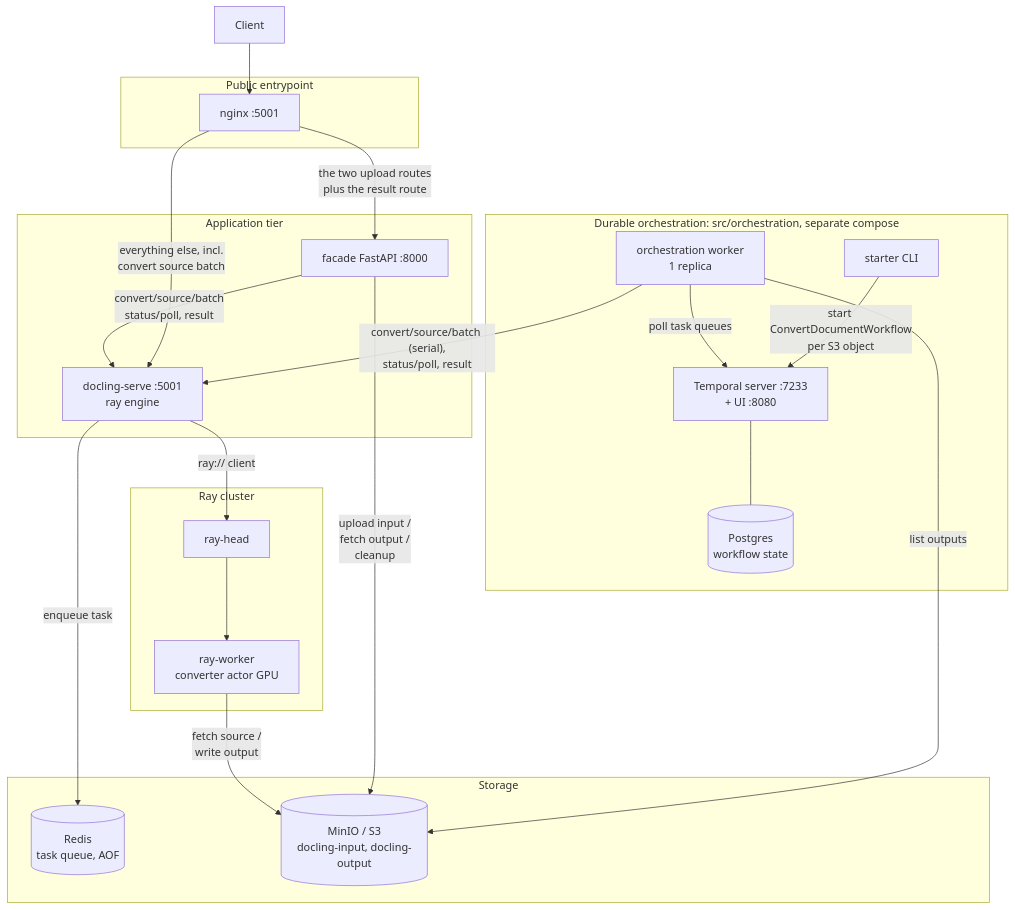
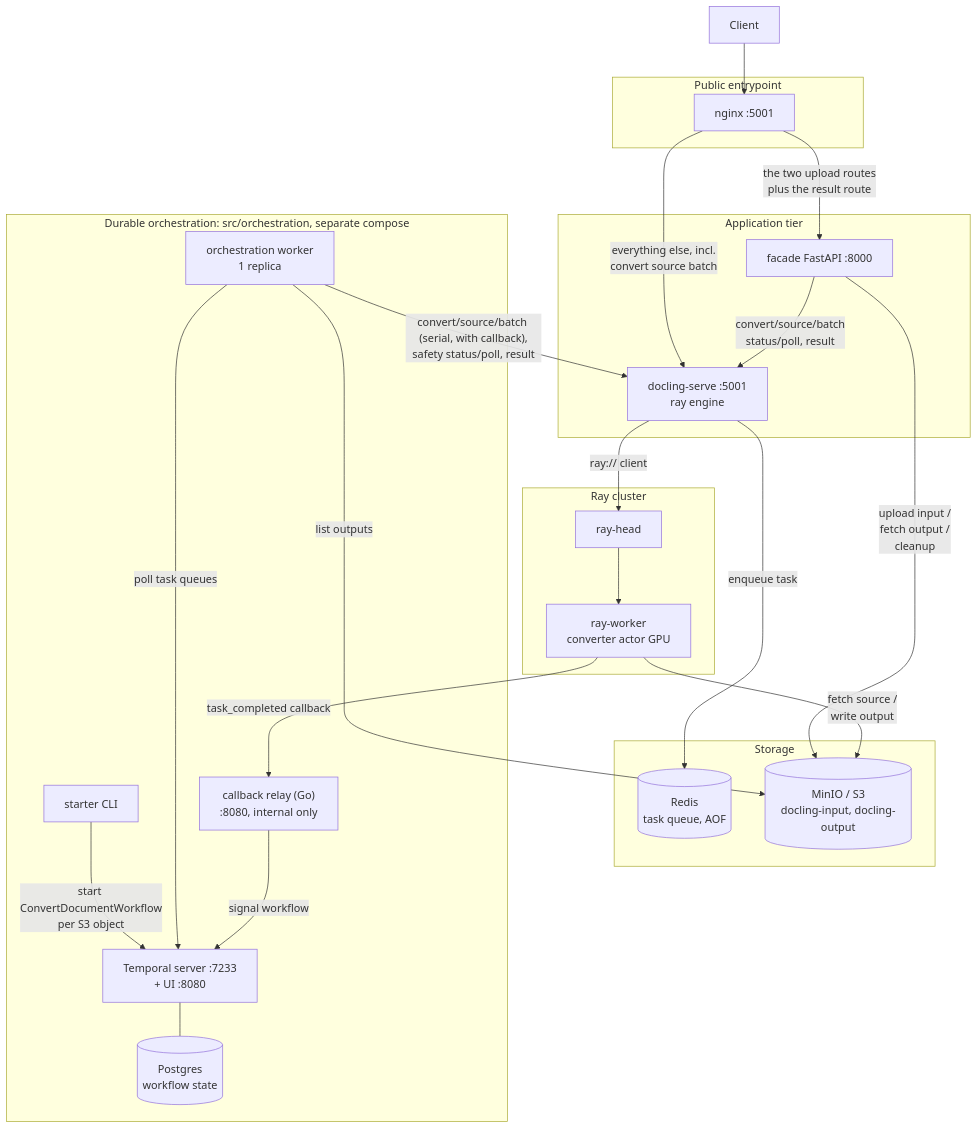
The first of 3 diagrams in docs/ARCHITECTURE.md (k-sparrow/docling-serve-ray), drawn with Mermaid before and after one commit. The commit also changed other lines of this file and 37 other files, not shown here.

````diff
--- a/docs/ARCHITECTURE.md
+++ b/docs/ARCHITECTURE.md
@@ -90,48 +90,51 @@
 ```mermaid
 flowchart TB
     client["Client"]
 
     subgraph edge[Public entrypoint]
         nginx["nginx :5001"]
     end
 
     subgraph app[Application tier]
         facade["facade FastAPI :8000"]
         docling["docling-serve :5001<br/>ray engine"]
     end
 
     subgraph cluster[Ray cluster]
         rayhead["ray-head"]
         rayworker["ray-worker<br/>converter actor GPU"]
     end
 
     subgraph storage[Storage]
         redis[("Redis<br/>task queue, AOF")]
         minio[("MinIO / S3<br/>docling-input, docling-output")]
     end
 
     subgraph orch[Durable orchestration: src/orchestration, separate compose]
         starter["starter CLI"]
         temporal["Temporal server :7233<br/>+ UI :8080"]
         pg[("Postgres<br/>workflow state")]
         worker["orchestration worker<br/>1 replica"]
+        relay["callback relay (Go)<br/>:8080, internal only"]
     end
 
     starter -- "start ConvertDocumentWorkflow<br/>per S3 object" --> temporal
     temporal --- pg
     worker -- "poll task queues" --> temporal
-    worker -- "convert/source/batch (serial),<br/>status/poll, result" --> docling
+    worker -- "convert/source/batch (serial, with callback),<br/>safety status/poll, result" --> docling
     worker -- "list outputs" --> minio
+    rayworker -- "task_completed callback" --> relay
+    relay -- "signal workflow" --> temporal
 
     client --> nginx
     nginx -- "the two upload routes<br/>plus the result route" --> facade
     nginx -- "everything else, incl.<br/>convert source batch" --> docling
 
     facade -- "upload input /<br/>fetch output /<br/>cleanup" --> minio
     facade -- "convert/source/batch<br/>status/poll, result" --> docling
 
     docling -- "ray:// client" --> rayhead
     rayhead --> rayworker
     docling -- "enqueue task" --> redis
     rayworker -- "fetch source /<br/>write output" --> minio
 ```
````
